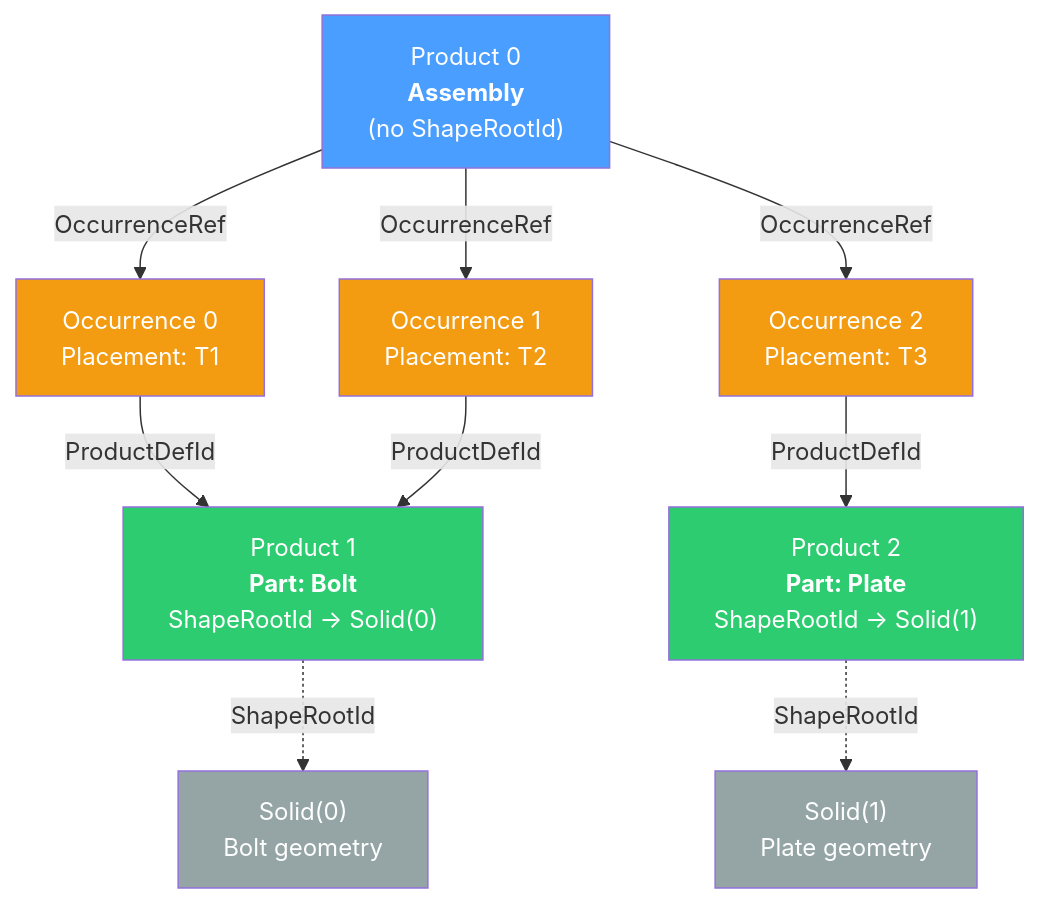
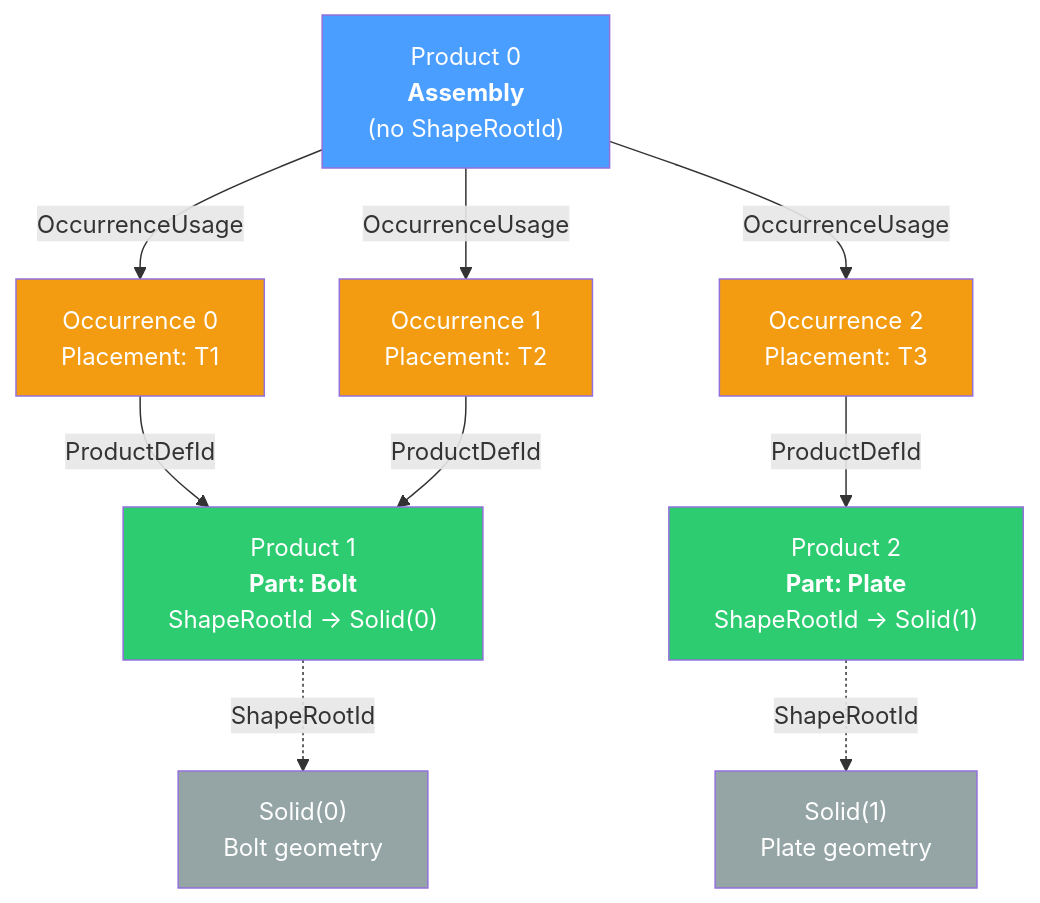
Before and after one commit to Open-Cascade-SAS/OCCT: the first of 9 diagrams in src/ModelingData/TKBRep/BRepGraph/TODO_Assembly_Visualization.md, drawn with Mermaid. The commit also changed other lines of this file and 64 other files, not shown here.

````diff
--- a/src/ModelingData/TKBRep/BRepGraph/TODO_Assembly_Visualization.md
+++ b/src/ModelingData/TKBRep/BRepGraph/TODO_Assembly_Visualization.md
@@ -12,33 +12,33 @@
 ```mermaid
 graph TD
     P0["Product 0<br/><b>Assembly</b><br/>(no ShapeRootId)"]
     O0["Occurrence 0<br/>Placement: T1"]
     O1["Occurrence 1<br/>Placement: T2"]
     O2["Occurrence 2<br/>Placement: T3"]
 
     P1["Product 1<br/><b>Part: Bolt</b><br/>ShapeRootId → Solid(0)"]
     P2["Product 2<br/><b>Part: Plate</b><br/>ShapeRootId → Solid(1)"]
 
-    P0 -->|OccurrenceRef| O0
-    P0 -->|OccurrenceRef| O1
-    P0 -->|OccurrenceRef| O2
+    P0 -->|OccurrenceUsage| O0
+    P0 -->|OccurrenceUsage| O1
+    P0 -->|OccurrenceUsage| O2
 
     O0 -->|ProductDefId| P1
     O1 -->|ProductDefId| P1
     O2 -->|ProductDefId| P2
 
     S0["Solid(0)<br/>Bolt geometry"]
     S1["Solid(1)<br/>Plate geometry"]
 
     P1 -.->|ShapeRootId| S0
     P2 -.->|ShapeRootId| S1
 
     style P0 fill:#4a9eff,color:#fff
     style P1 fill:#2ecc71,color:#fff
     style P2 fill:#2ecc71,color:#fff
     style O0 fill:#f39c12,color:#fff
     style O1 fill:#f39c12,color:#fff
     style O2 fill:#f39c12,color:#fff
     style S0 fill:#95a5a6,color:#fff
     style S1 fill:#95a5a6,color:#fff
 ```
````
